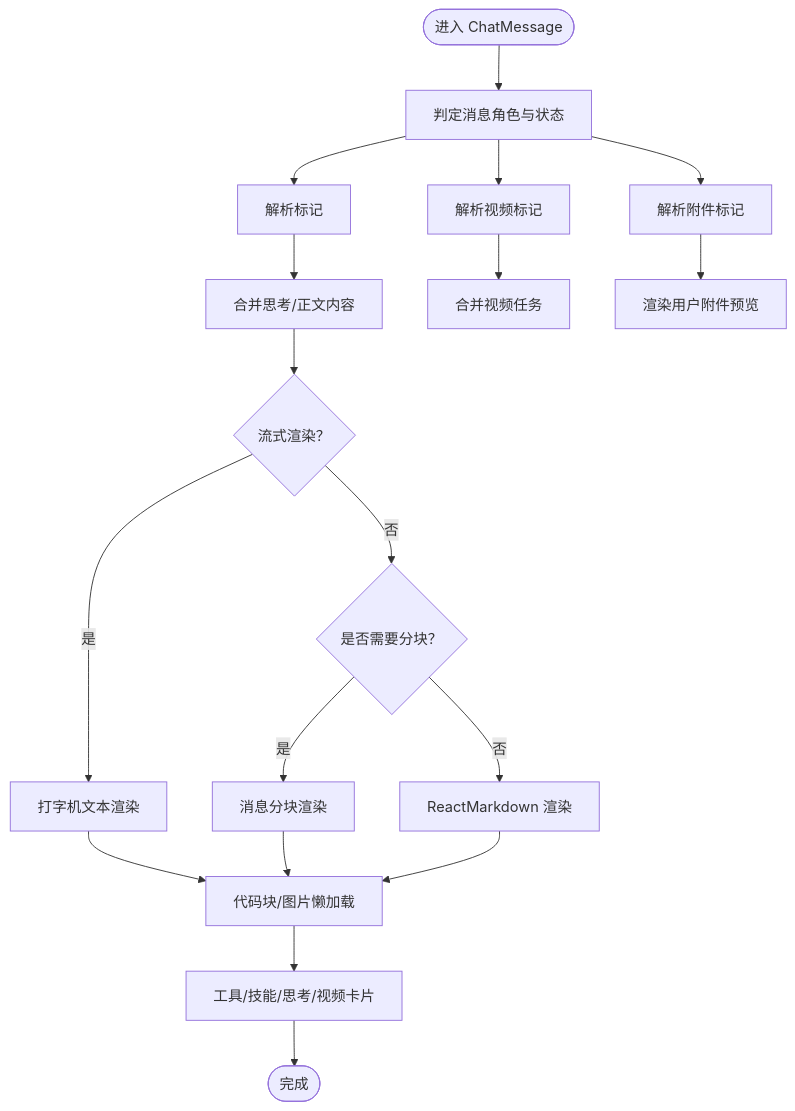
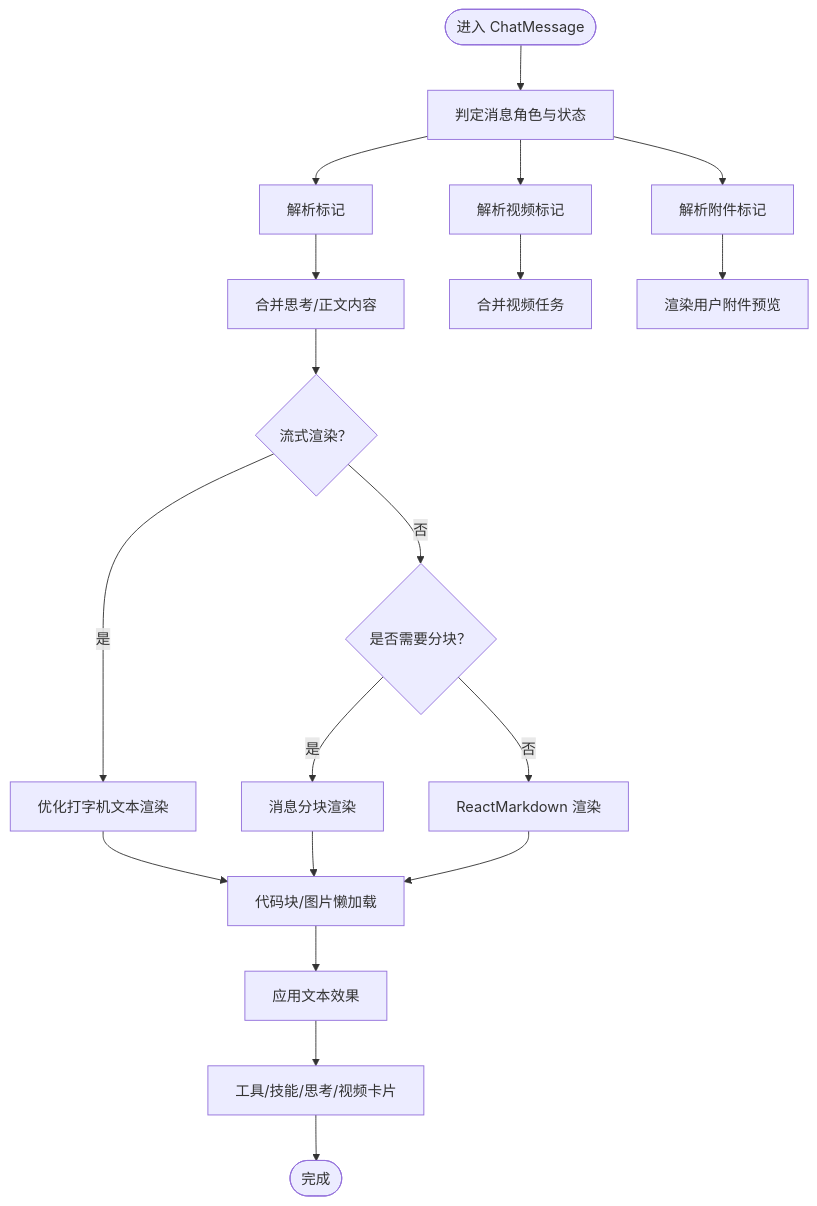
One commit to KunLabAI/KunFlix changed the third of 5 diagrams in .qoder/repowiki/zh/content/前端组件系统/AI助手组件/消息系统.md. Above: the diagram before and after it, drawn with Mermaid. The commit also changed other lines of this file and 21 other files, not shown here.

````diff
--- a/.qoder/repowiki/zh/content/前端组件系统/AI助手组件/消息系统.md
+++ b/.qoder/repowiki/zh/content/前端组件系统/AI助手组件/消息系统.md
@@ -191,20 +238,21 @@
 ```mermaid
 flowchart TD
 Start(["进入 ChatMessage"]) --> RoleCheck["判定消息角色与状态"]
 RoleCheck --> ParseThink["解析<think>标记"]
 RoleCheck --> ParseVideo["解析视频标记"]
 RoleCheck --> ParseAttach["解析附件标记"]
 ParseThink --> MergeContent["合并思考/正文内容"]
 ParseVideo --> MergeVideo["合并视频任务"]
 ParseAttach --> UserPreview["渲染用户附件预览"]
 MergeContent --> RenderStrategy{"流式渲染？"}
-RenderStrategy --> |是| Typewriter["打字机文本渲染"]
+RenderStrategy --> |是| OptimizedTT["优化打字机文本渲染"]
 RenderStrategy --> |否| ChunkCheck{"是否需要分块？"}
 ChunkCheck --> |是| Chunk["消息分块渲染"]
 ChunkCheck --> |否| Markdown["ReactMarkdown 渲染"]
 Markdown --> Media["代码块/图片懒加载"]
-Typewriter --> Media
+OptimizedTT --> Media
 Chunk --> Media
-Media --> Indicators["工具/技能/思考/视频卡片"]
+Media --> Effects["应用文本效果"]
+Effects --> Indicators["工具/技能/思考/视频卡片"]
 Indicators --> End(["完成"])
 ```
````
